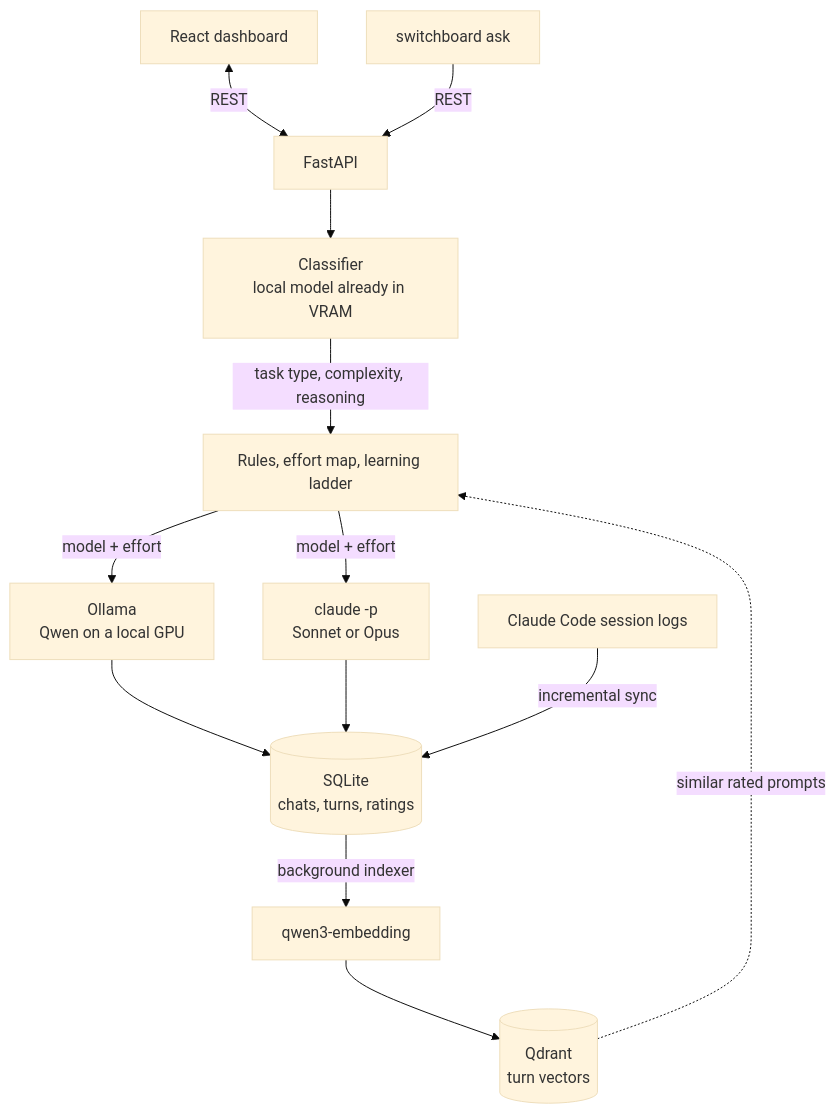
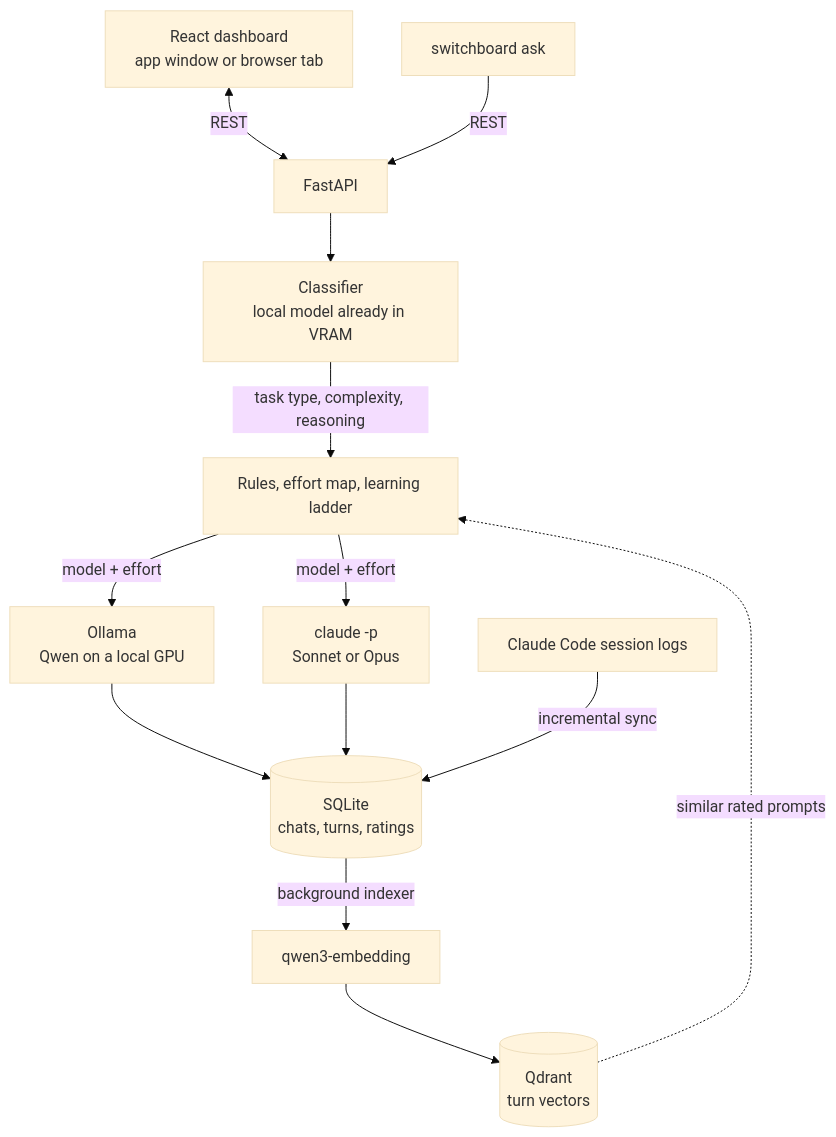
The diagram in README.md (Anders-T-Strand/Switchboard), drawn with Mermaid (base theme) before and after one commit. The commit also changed other lines of this file and 7 other files, not shown here.

First line of the commit message:
Run Switchboard as a desktop app, with its own window and tray icon

````diff
--- a/README.md
+++ b/README.md
@@ -22,15 +23,15 @@
 ```mermaid
 flowchart TB
-    UI["React dashboard"] <-->|REST| API["FastAPI"]
+    UI["React dashboard<br/>app window or browser tab"] <-->|REST| API["FastAPI"]
     CLI["switchboard ask"] -->|REST| API
     API --> CL["Classifier<br/>local model already in VRAM"]
     CL -->|"task type, complexity, reasoning"| RT["Rules, effort map, learning ladder"]
     QD[("Qdrant<br/>turn vectors")] -.->|"similar rated prompts"| RT
     RT -->|"model + effort"| OL["Ollama<br/>Qwen on a local GPU"]
     RT -->|"model + effort"| CC["claude -p<br/>Sonnet or Opus"]
     OL --> DB[("SQLite<br/>chats, turns, ratings")]
     CC --> DB
     LOGS["Claude Code session logs"] -->|"incremental sync"| DB
     DB -->|"background indexer"| EM["qwen3-embedding"]
     EM --> QD
 ```
````
